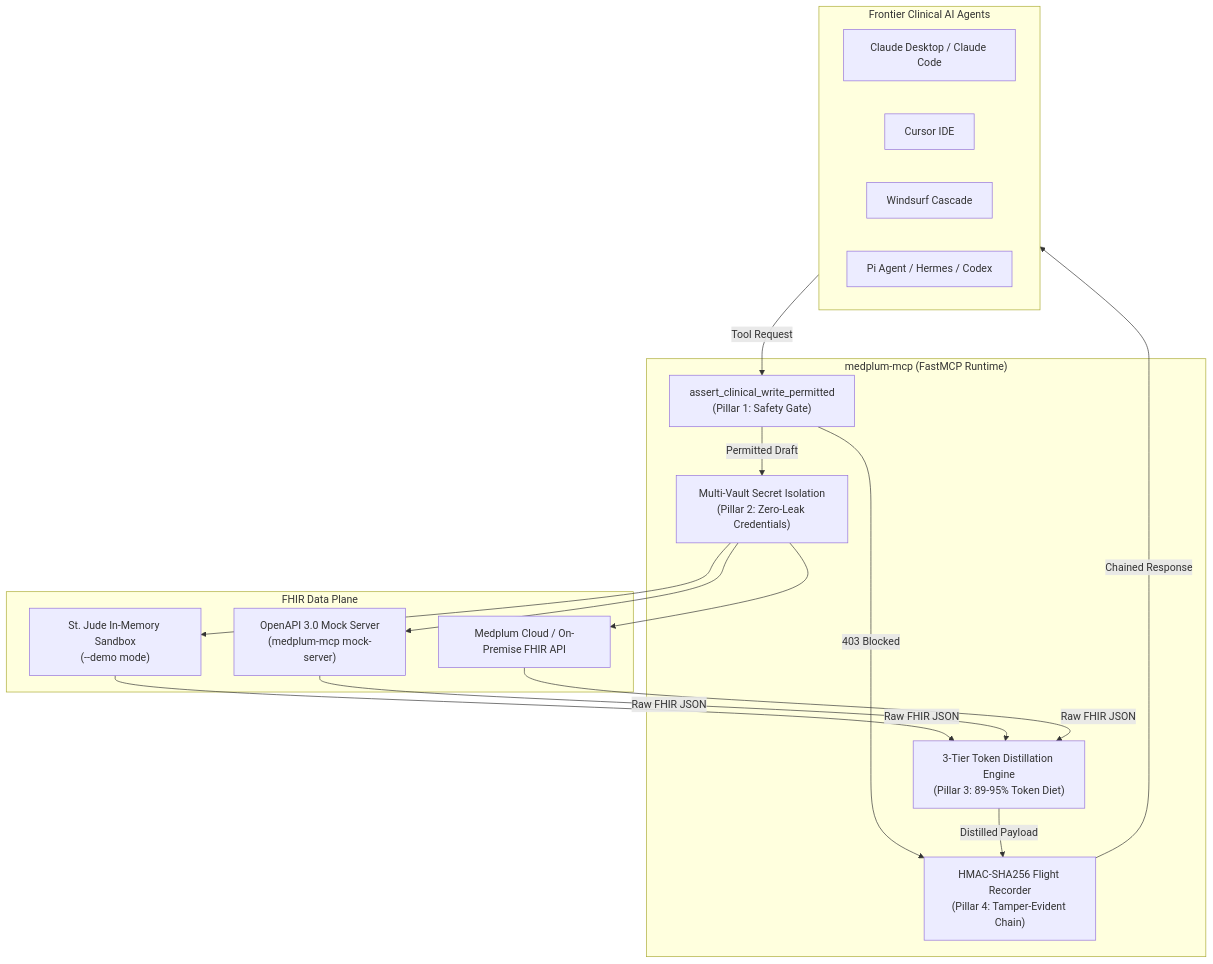
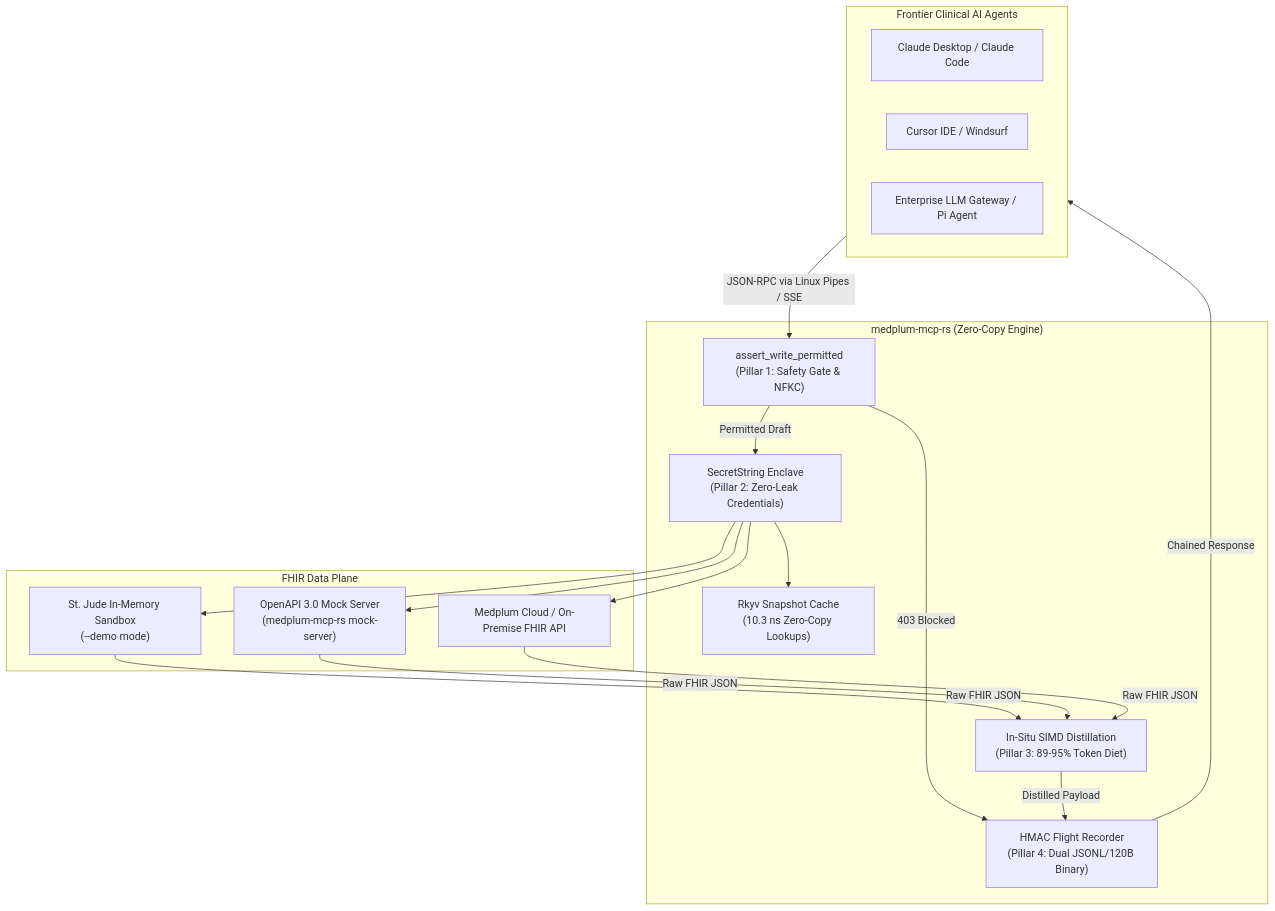
One commit to LiamDGray/medplum-mcp changed the diagram in README.md. Above: the diagram before and after it, drawn with Mermaid. The commit also changed other lines of this file and 3 other files, not shown here.

Commit message:
docs: comprehensive architectural documentation with UML, Mermaid, and ASCII diagrams, 5-tier verification standard, and benchmarks

````diff
--- a/README.md
+++ b/README.md
@@ -38,34 +41,35 @@
 ```mermaid
 flowchart TD
     subgraph Agents["Frontier Clinical AI Agents"]
         Claude[Claude Desktop / Claude Code]
-        Cursor[Cursor IDE]
-        Windsurf[Windsurf Cascade]
-        Other[Pi Agent / Hermes / Codex]
+        Cursor[Cursor IDE / Windsurf]
+        Other[Enterprise LLM Gateway / Pi Agent]
     end
 
-    subgraph Server["medplum-mcp (FastMCP Runtime)"]
-        Gate["assert_clinical_write_permitted\n(Pillar 1: Safety Gate)"]
-        Vault["Multi-Vault Secret Isolation\n(Pillar 2: Zero-Leak Credentials)"]
-        Distill["3-Tier Token Distillation Engine\n(Pillar 3: 89-95% Token Diet)"]
-        Audit["HMAC-SHA256 Flight Recorder\n(Pillar 4: Tamper-Evident Chain)"]
+    subgraph Server["medplum-mcp-rs (Zero-Copy Engine)"]
+        Gate["assert_write_permitted\n(Pillar 1: Safety Gate & NFKC)"]
+        Vault["SecretString Enclave\n(Pillar 2: Zero-Leak Credentials)"]
+        Distill["In-Situ SIMD Distillation\n(Pillar 3: 89-95% Token Diet)"]
+        Audit["HMAC Flight Recorder\n(Pillar 4: Dual JSONL/120B Binary)"]
+        Cache["Rkyv Snapshot Cache\n(10.3 ns Zero-Copy Lookups)"]
     end
 
     subgraph DataPlane["FHIR Data Plane"]
         Sandbox["St. Jude In-Memory Sandbox\n(--demo mode)"]
-        Mock["OpenAPI 3.0 Mock Server\n(medplum-mcp mock-server)"]
+        Mock["OpenAPI 3.0 Mock Server\n(medplum-mcp-rs mock-server)"]
         Medplum["Medplum Cloud / On-Premise FHIR API"]
     end
 
-    Agents -->|Tool Request| Gate
+    Agents -->|JSON-RPC via Linux Pipes / SSE| Gate
     Gate -->|403 Blocked| Audit
     Gate -->|Permitted Draft| Vault
+    Vault --> Cache
     Vault --> Sandbox
     Vault --> Mock
     Vault --> Medplum
     Sandbox -->|Raw FHIR JSON| Distill
     Mock -->|Raw FHIR JSON| Distill
     Medplum -->|Raw FHIR JSON| Distill
     Distill -->|Distilled Payload| Audit
     Audit -->|Chained Response| Agents
 ```
````
